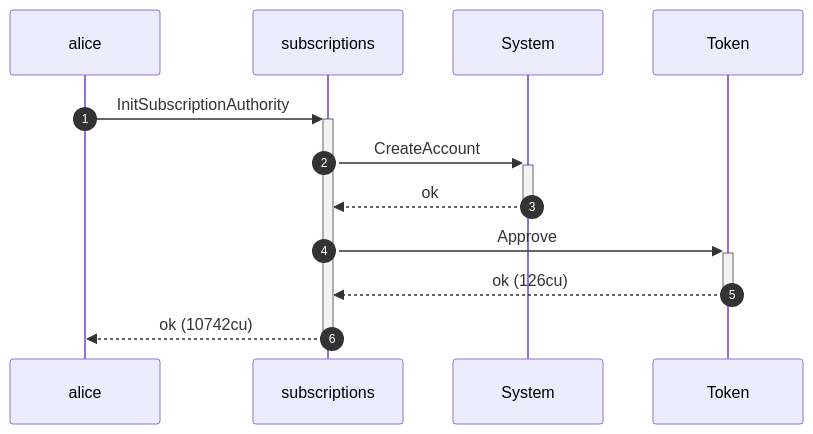
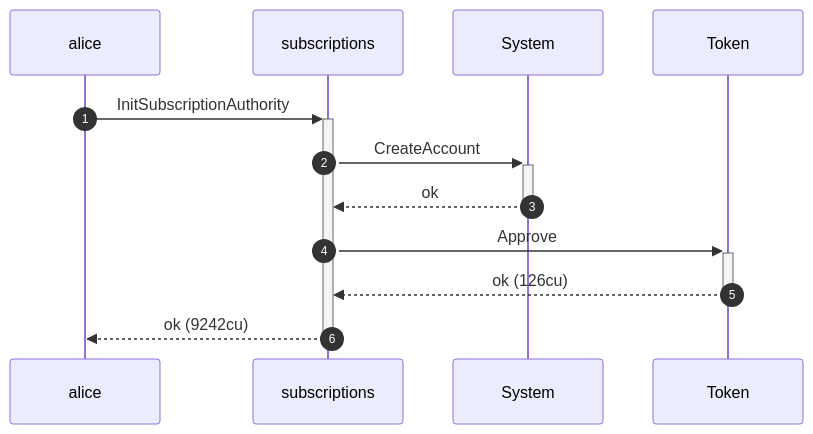
Before and after one commit to cds-rs/subscriptions: the second of 8 diagrams in dsl_tests/transfer-subscription--a-non-whitelisted-destination-is-refused.md, drawn with Mermaid. The commit also changed other lines of this file and 224 other files, not shown here.

````diff
--- a/dsl_tests/transfer-subscription--a-non-whitelisted-destination-is-refused.md
+++ b/dsl_tests/transfer-subscription--a-non-whitelisted-destination-is-refused.md
@@ -38,14 +39,14 @@
 ```mermaid
 sequenceDiagram
     autonumber
     participant alice
     participant subscriptions
     participant System
     participant Token
     alice ->>+ subscriptions: InitSubscriptionAuthority
     subscriptions ->>+ System: CreateAccount
     System -->>- subscriptions: ok
     subscriptions ->>+ Token: Approve
     Token -->>- subscriptions: ok (126cu)
-    subscriptions -->>- alice: ok (10742cu)
+    subscriptions -->>- alice: ok (9242cu)
 ```
````
